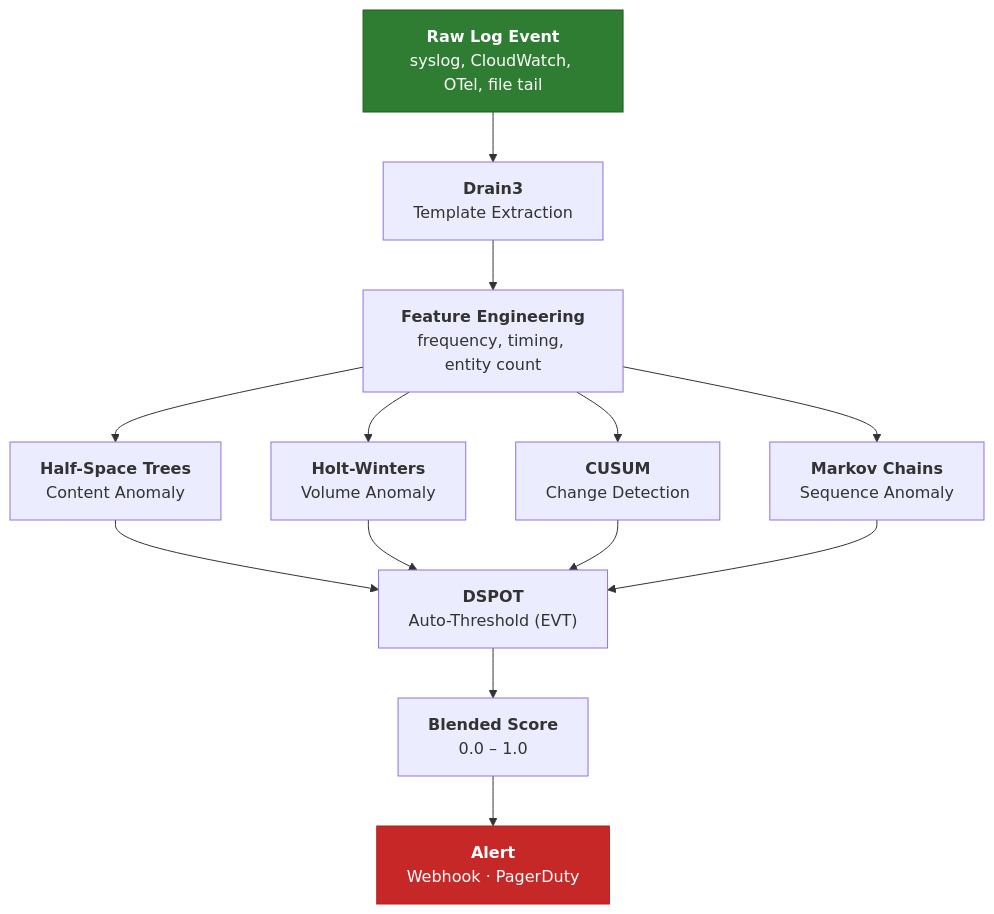
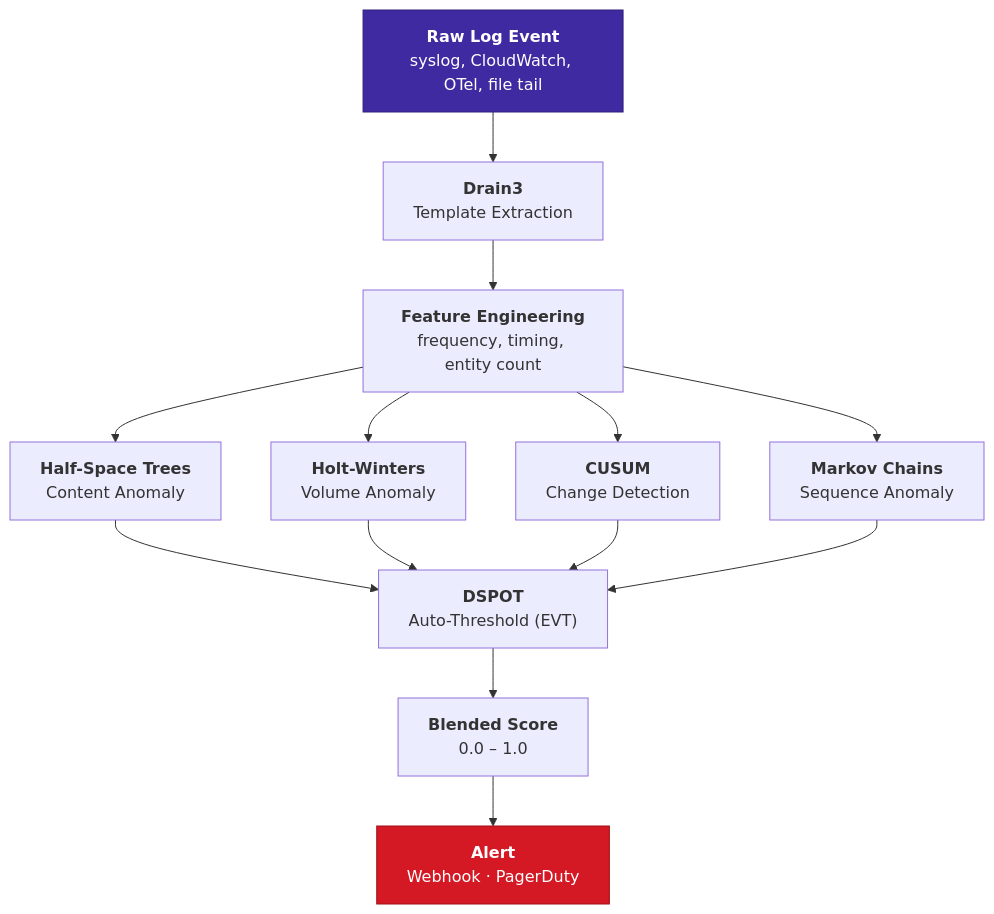
The diagram in docs/security-primer/anomaly-detection.md (seerflow/seerflow-guide), drawn with Mermaid before and after one commit. The commit also changed 9 other files, not shown here.

First line of the commit message:
fix(brand): recolor mermaid diagrams to brand palette

````diff
--- a/docs/security-primer/anomaly-detection.md
+++ b/docs/security-primer/anomaly-detection.md
@@ -55,19 +55,19 @@
 ```mermaid
 graph TD
     A["<b>Raw Log Event</b><br/>syslog, CloudWatch, OTel, file tail"]:::input
     A --> B["<b>Drain3</b><br/>Template Extraction"]
     B --> C["<b>Feature Engineering</b><br/>frequency, timing, entity count"]
     C --> D1["<b>Half-Space Trees</b><br/>Content Anomaly"]
     C --> D2["<b>Holt-Winters</b><br/>Volume Anomaly"]
     C --> D3["<b>CUSUM</b><br/>Change Detection"]
     C --> D4["<b>Markov Chains</b><br/>Sequence Anomaly"]
     D1 --> E["<b>DSPOT</b><br/>Auto-Threshold (EVT)"]
     D2 --> E
     D3 --> E
     D4 --> E
     E --> F["<b>Blended Score</b><br/>0.0 – 1.0"]
     F --> G["<b>Alert</b><br/>Webhook · PagerDuty"]:::alert
 
-    classDef input fill:#2e7d32,stroke:#1b5e20,color:#fff
-    classDef alert fill:#c62828,stroke:#b71c1c,color:#fff
+    classDef input fill:#402aa1,stroke:#2f1f78,color:#fff
+    classDef alert fill:#d41824,stroke:#a01018,color:#fff
 ```
````
